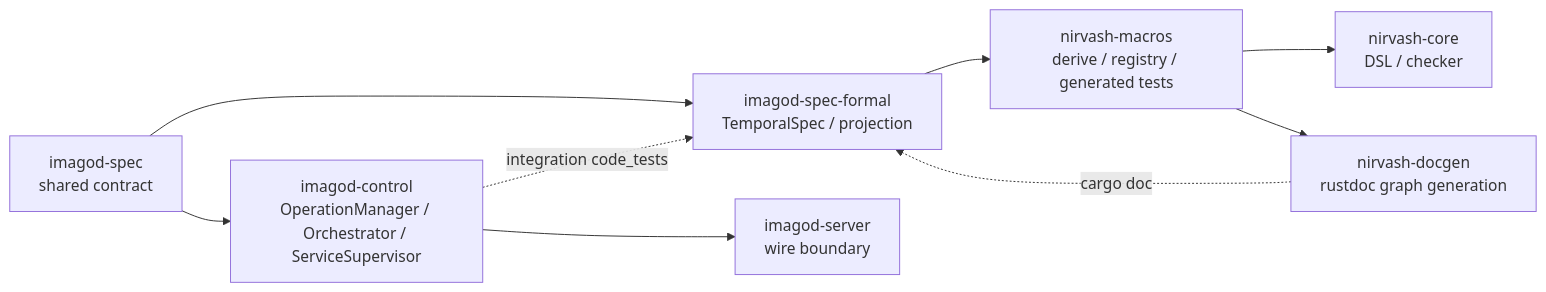
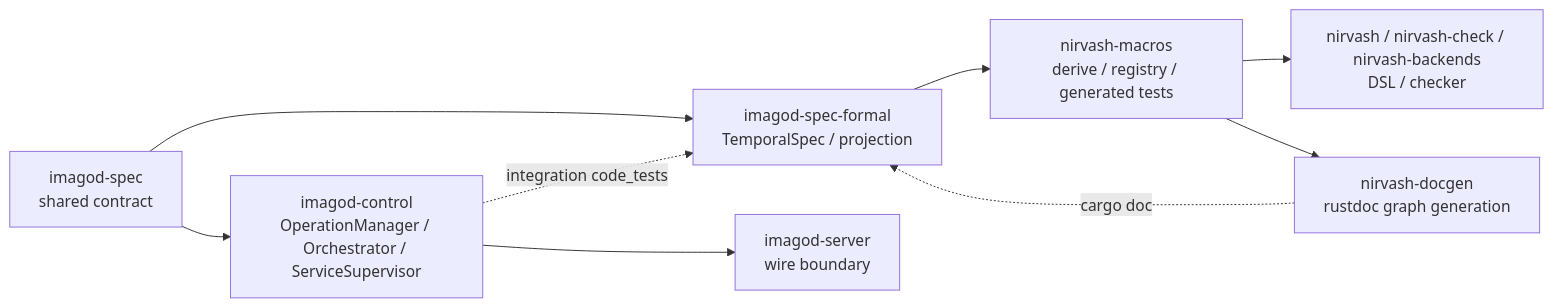
The first of 5 diagrams in docs/nirvash-and-imagod-control.md (yieldspace/imago), drawn with Mermaid before and after one commit. The commit also changed other lines of this file and 124 other files, not shown here.

````diff
--- a/docs/nirvash-and-imagod-control.md
+++ b/docs/nirvash-and-imagod-control.md
@@ -8,11 +8,11 @@
 ```mermaid
 flowchart LR
     A["imagod-spec<br/>shared contract"] --> B["imagod-spec-formal<br/>TemporalSpec / projection"]
     B --> C["nirvash-macros<br/>derive / registry / generated tests"]
-    C --> D["nirvash-core<br/>DSL / checker"]
+    C --> D["nirvash / nirvash-check / nirvash-backends<br/>DSL / checker"]
     C --> E["nirvash-docgen<br/>rustdoc graph generation"]
     A --> F["imagod-control<br/>OperationManager / Orchestrator / ServiceSupervisor"]
     F --> G["imagod-server<br/>wire boundary"]
     F -. "integration code_tests" .-> B
     E -. "cargo doc" .-> B
 ```
````
